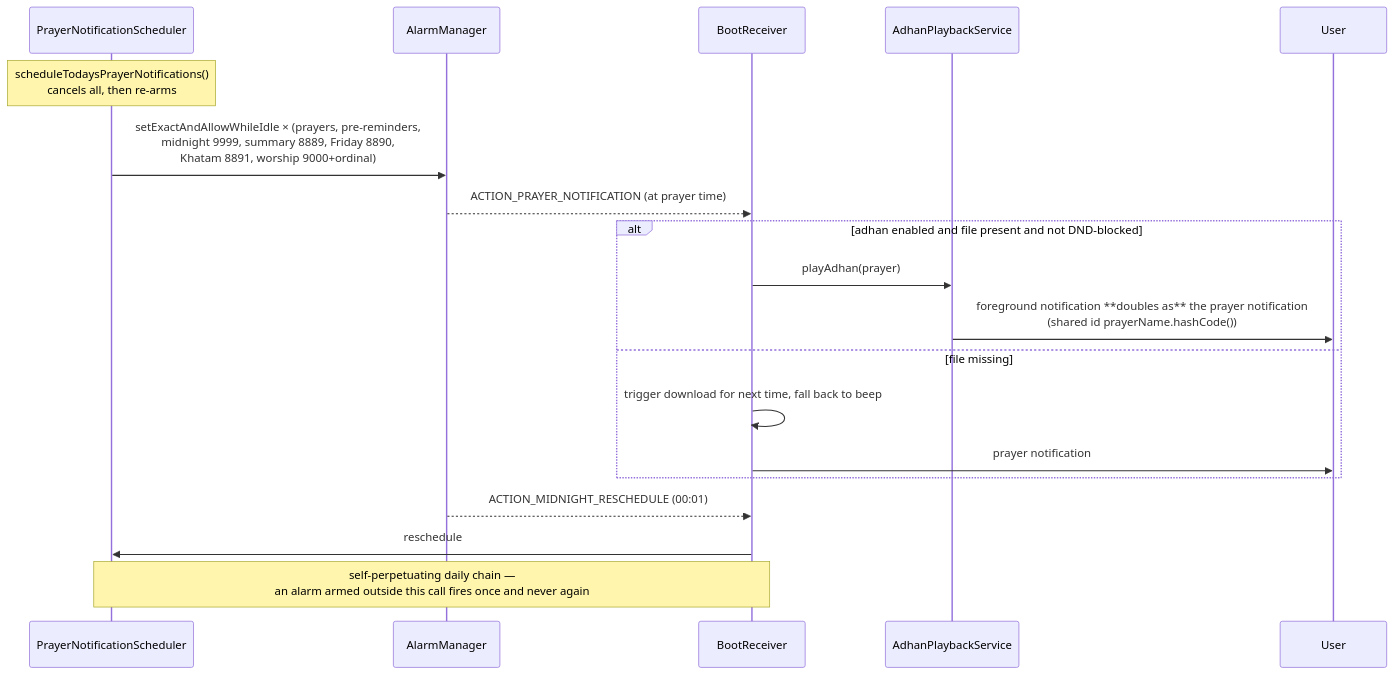
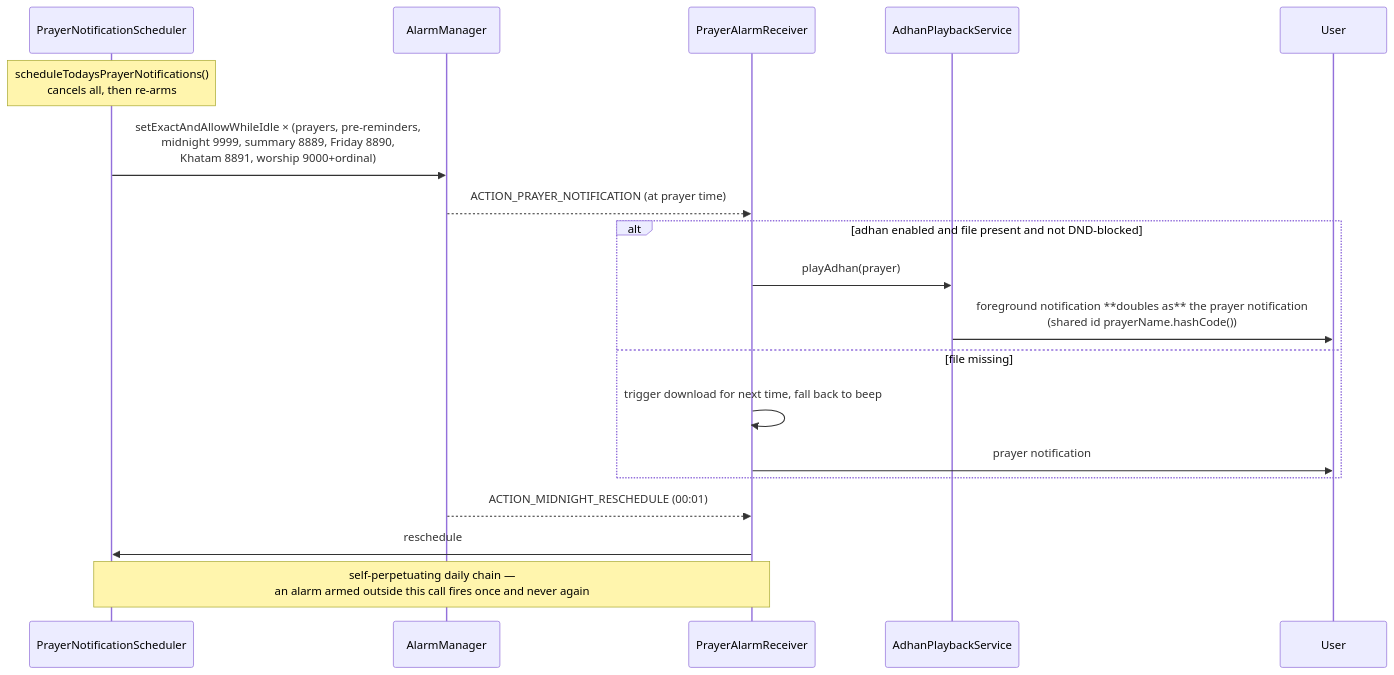
Before and after one commit to arshad-shah/Nimaz: the third of 4 diagrams in docs/SUBSYSTEMS.md, drawn with Mermaid. The commit also changed other lines of this file and 14 other files, not shown here.

First line of the commit message:
Split BootReceiver, and make both halves survive onReceive returning

````diff
--- a/docs/SUBSYSTEMS.md
+++ b/docs/SUBSYSTEMS.md
@@ -484,22 +488,22 @@
 ```mermaid
 sequenceDiagram
     participant Sched as PrayerNotificationScheduler
     participant AM as AlarmManager
-    participant BR as BootReceiver
+    participant BR as PrayerAlarmReceiver
     participant Svc as AdhanPlaybackService
     participant User
 
     Note over Sched: scheduleTodaysPrayerNotifications()<br/>cancels all, then re-arms
     Sched->>AM: setExactAndAllowWhileIdle × (prayers, pre-reminders,<br/>midnight 9999, summary 8889, Friday 8890,<br/>Khatam 8891, worship 9000+ordinal)
     AM-->>BR: ACTION_PRAYER_NOTIFICATION (at prayer time)
     alt adhan enabled and file present and not DND-blocked
         BR->>Svc: playAdhan(prayer)
         Svc->>User: foreground notification **doubles as** the prayer notification<br/>(shared id prayerName.hashCode())
     else file missing
         BR->>BR: trigger download for next time, fall back to beep
         BR->>User: prayer notification
     end
     AM-->>BR: ACTION_MIDNIGHT_RESCHEDULE (00:01)
     BR->>Sched: reschedule
     Note over BR,Sched: self-perpetuating daily chain —<br/>an alarm armed outside this call fires once and never again
 ```
````
